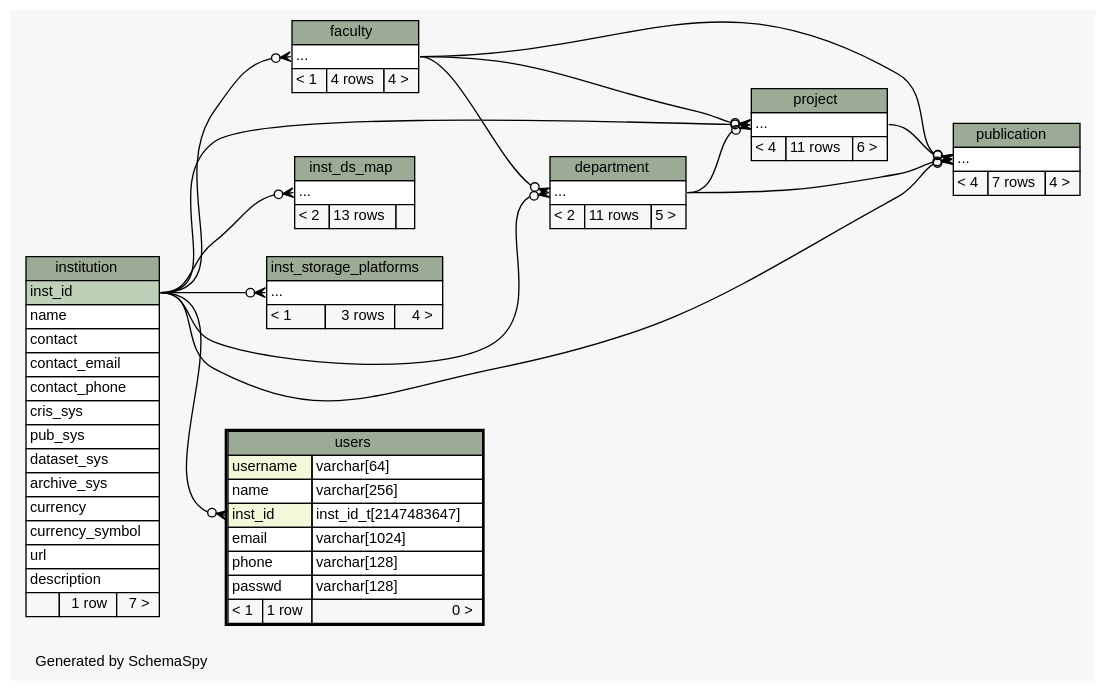
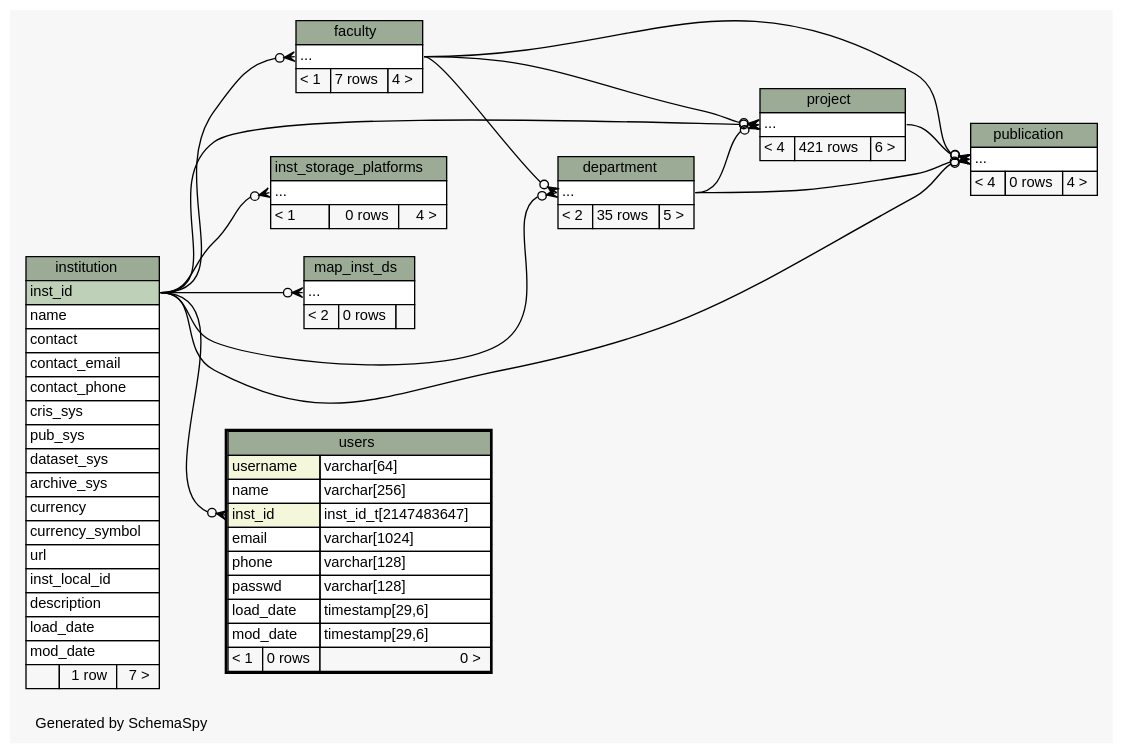
One commit to lulibrary/dmao_infrastructure changed the diagram in ss.out/diagrams/users.2degrees.dot. Above: the diagram before and after it, drawn with Graphviz. The commit also changed 81 other files, not shown here.

```diff
--- a/ss.out/diagrams/users.2degrees.dot
+++ b/ss.out/diagrams/users.2degrees.dot
@@ -1,132 +1,137 @@
 // dot 2.38.0 on Linux 3.16.0-4-amd64
 // SchemaSpy rev 590
 digraph "twoDegreesRelationshipsDiagram" {
   graph [
     rankdir="RL"
     bgcolor="#f7f7f7"
     label="\nGenerated by SchemaSpy"
     labeljust="l"
     nodesep="0.18"
     ranksep="0.46"
     fontname="Helvetica"
     fontsize="11"
   ];
   node [
     fontname="Helvetica"
     fontsize="11"
     shape="plaintext"
   ];
   edge [
     arrowsize="0.8"
   ];
   "department":"elipses":w -> "faculty":"elipses":e [arrowhead=none dir=back arrowtail=crowodot];
   "department":"elipses":w -> "institution":"inst_id":e [arrowhead=none dir=back arrowtail=crowodot];
   "faculty":"elipses":w -> "institution":"inst_id":e [arrowhead=none dir=back arrowtail=crowodot];
-  "inst_ds_map":"elipses":w -> "institution":"inst_id":e [arrowhead=none dir=back arrowtail=crowodot];
   "inst_storage_platforms":"elipses":w -> "institution":"inst_id":e [arrowhead=none dir=back arrowtail=crowodot];
+  "map_inst_ds":"elipses":w -> "institution":"inst_id":e [arrowhead=none dir=back arrowtail=crowodot];
   "project":"elipses":w -> "institution":"inst_id":e [arrowhead=none dir=back arrowtail=crowodot];
   "project":"elipses":w -> "department":"elipses":e [arrowhead=none dir=back arrowtail=crowodot];
   "project":"elipses":w -> "faculty":"elipses":e [arrowhead=none dir=back arrowtail=crowodot];
   "publication":"elipses":w -> "department":"elipses":e [arrowhead=none dir=back arrowtail=crowodot];
   "publication":"elipses":w -> "faculty":"elipses":e [arrowhead=none dir=back arrowtail=crowodot];
   "publication":"elipses":w -> "institution":"inst_id":e [arrowhead=none dir=back arrowtail=crowodot];
   "publication":"elipses":w -> "project":"elipses":e [arrowhead=none dir=back arrowtail=crowodot];
   "users":"inst_id":w -> "institution":"inst_id":e [arrowhead=none dir=back arrowtail=crowodot];
   "department" [
     label=<
     <TABLE BORDER="0" CELLBORDER="1" CELLSPACING="0" BGCOLOR="#ffffff">
       <TR><TD COLSPAN="3" BGCOLOR="#9bab96" ALIGN="CENTER">department</TD></TR>
       <TR><TD PORT="elipses" COLSPAN="3" ALIGN="LEFT">...</TD></TR>
-      <TR><TD ALIGN="LEFT" BGCOLOR="#f7f7f7">&lt; 2</TD><TD ALIGN="RIGHT" BGCOLOR="#f7f7f7">11 rows</TD><TD ALIGN="RIGHT" BGCOLOR="#f7f7f7">5 &gt;</TD></TR>
+      <TR><TD ALIGN="LEFT" BGCOLOR="#f7f7f7">&lt; 2</TD><TD ALIGN="RIGHT" BGCOLOR="#f7f7f7">35 rows</TD><TD ALIGN="RIGHT" BGCOLOR="#f7f7f7">5 &gt;</TD></TR>
     </TABLE>>
     URL="department.html"
     tooltip="department"
   ];
   "faculty" [
     label=<
     <TABLE BORDER="0" CELLBORDER="1" CELLSPACING="0" BGCOLOR="#ffffff">
       <TR><TD COLSPAN="3" BGCOLOR="#9bab96" ALIGN="CENTER">faculty</TD></TR>
       <TR><TD PORT="elipses" COLSPAN="3" ALIGN="LEFT">...</TD></TR>
-      <TR><TD ALIGN="LEFT" BGCOLOR="#f7f7f7">&lt; 1</TD><TD ALIGN="RIGHT" BGCOLOR="#f7f7f7">4 rows</TD><TD ALIGN="RIGHT" BGCOLOR="#f7f7f7">4 &gt;</TD></TR>
+      <TR><TD ALIGN="LEFT" BGCOLOR="#f7f7f7">&lt; 1</TD><TD ALIGN="RIGHT" BGCOLOR="#f7f7f7">7 rows</TD><TD ALIGN="RIGHT" BGCOLOR="#f7f7f7">4 &gt;</TD></TR>
     </TABLE>>
     URL="faculty.html"
     tooltip="faculty"
-  ];
-  "inst_ds_map" [
-    label=<
-    <TABLE BORDER="0" CELLBORDER="1" CELLSPACING="0" BGCOLOR="#ffffff">
-      <TR><TD COLSPAN="3" BGCOLOR="#9bab96" ALIGN="CENTER">inst_ds_map</TD></TR>
-      <TR><TD PORT="elipses" COLSPAN="3" ALIGN="LEFT">...</TD></TR>
-      <TR><TD ALIGN="LEFT" BGCOLOR="#f7f7f7">&lt; 2</TD><TD ALIGN="RIGHT" BGCOLOR="#f7f7f7">13 rows</TD><TD ALIGN="RIGHT" BGCOLOR="#f7f7f7">  </TD></TR>
-    </TABLE>>
-    URL="inst_ds_map.html"
-    tooltip="inst_ds_map"
   ];
   "inst_storage_platforms" [
     label=<
     <TABLE BORDER="0" CELLBORDER="1" CELLSPACING="0" BGCOLOR="#ffffff">
       <TR><TD COLSPAN="3" BGCOLOR="#9bab96" ALIGN="CENTER">inst_storage_platforms</TD></TR>
       <TR><TD PORT="elipses" COLSPAN="3" ALIGN="LEFT">...</TD></TR>
-      <TR><TD ALIGN="LEFT" BGCOLOR="#f7f7f7">&lt; 1</TD><TD ALIGN="RIGHT" BGCOLOR="#f7f7f7">3 rows</TD><TD ALIGN="RIGHT" BGCOLOR="#f7f7f7">4 &gt;</TD></TR>
+      <TR><TD ALIGN="LEFT" BGCOLOR="#f7f7f7">&lt; 1</TD><TD ALIGN="RIGHT" BGCOLOR="#f7f7f7">0 rows</TD><TD ALIGN="RIGHT" BGCOLOR="#f7f7f7">4 &gt;</TD></TR>
     </TABLE>>
     URL="inst_storage_platforms.html"
     tooltip="inst_storage_platforms"
   ];
   "institution" [
     label=<
     <TABLE BORDER="0" CELLBORDER="1" CELLSPACING="0" BGCOLOR="#ffffff">
       <TR><TD COLSPAN="3" BGCOLOR="#9bab96" ALIGN="CENTER">institution</TD></TR>
       <TR><TD PORT="inst_id" COLSPAN="3" BGCOLOR="#bed1b8" ALIGN="LEFT">inst_id</TD></TR>
       <TR><TD PORT="name" COLSPAN="3" ALIGN="LEFT">name</TD></TR>
       <TR><TD PORT="contact" COLSPAN="3" ALIGN="LEFT">contact</TD></TR>
       <TR><TD PORT="contact_email" COLSPAN="3" ALIGN="LEFT">contact_email</TD></TR>
       <TR><TD PORT="contact_phone" COLSPAN="3" ALIGN="LEFT">contact_phone</TD></TR>
       <TR><TD PORT="cris_sys" COLSPAN="3" ALIGN="LEFT">cris_sys</TD></TR>
       <TR><TD PORT="pub_sys" COLSPAN="3" ALIGN="LEFT">pub_sys</TD></TR>
       <TR><TD PORT="dataset_sys" COLSPAN="3" ALIGN="LEFT">dataset_sys</TD></TR>
       <TR><TD PORT="archive_sys" COLSPAN="3" ALIGN="LEFT">archive_sys</TD></TR>
       <TR><TD PORT="currency" COLSPAN="3" ALIGN="LEFT">currency</TD></TR>
       <TR><TD PORT="currency_symbol" COLSPAN="3" ALIGN="LEFT">currency_symbol</TD></TR>
       <TR><TD PORT="url" COLSPAN="3" ALIGN="LEFT">url</TD></TR>
+      <TR><TD PORT="inst_local_id" COLSPAN="3" ALIGN="LEFT">inst_local_id</TD></TR>
       <TR><TD PORT="description" COLSPAN="3" ALIGN="LEFT">description</TD></TR>
+      <TR><TD PORT="load_date" COLSPAN="3" ALIGN="LEFT">load_date</TD></TR>
+      <TR><TD PORT="mod_date" COLSPAN="3" ALIGN="LEFT">mod_date</TD></TR>
       <TR><TD ALIGN="LEFT" BGCOLOR="#f7f7f7">  </TD><TD ALIGN="RIGHT" BGCOLOR="#f7f7f7">1 row</TD><TD ALIGN="RIGHT" BGCOLOR="#f7f7f7">7 &gt;</TD></TR>
     </TABLE>>
     URL="institution.html"
     tooltip="institution"
+  ];
+  "map_inst_ds" [
+    label=<
+    <TABLE BORDER="0" CELLBORDER="1" CELLSPACING="0" BGCOLOR="#ffffff">
+      <TR><TD COLSPAN="3" BGCOLOR="#9bab96" ALIGN="CENTER">map_inst_ds</TD></TR>
+      <TR><TD PORT="elipses" COLSPAN="3" ALIGN="LEFT">...</TD></TR>
+      <TR><TD ALIGN="LEFT" BGCOLOR="#f7f7f7">&lt; 2</TD><TD ALIGN="RIGHT" BGCOLOR="#f7f7f7">0 rows</TD><TD ALIGN="RIGHT" BGCOLOR="#f7f7f7">  </TD></TR>
+    </TABLE>>
+    URL="map_inst_ds.html"
+    tooltip="map_inst_ds"
   ];
   "project" [
     label=<
     <TABLE BORDER="0" CELLBORDER="1" CELLSPACING="0" BGCOLOR="#ffffff">
       <TR><TD COLSPAN="3" BGCOLOR="#9bab96" ALIGN="CENTER">project</TD></TR>
       <TR><TD PORT="elipses" COLSPAN="3" ALIGN="LEFT">...</TD></TR>
-      <TR><TD ALIGN="LEFT" BGCOLOR="#f7f7f7">&lt; 4</TD><TD ALIGN="RIGHT" BGCOLOR="#f7f7f7">11 rows</TD><TD ALIGN="RIGHT" BGCOLOR="#f7f7f7">6 &gt;</TD></TR>
+      <TR><TD ALIGN="LEFT" BGCOLOR="#f7f7f7">&lt; 4</TD><TD ALIGN="RIGHT" BGCOLOR="#f7f7f7">421 rows</TD><TD ALIGN="RIGHT" BGCOLOR="#f7f7f7">6 &gt;</TD></TR>
     </TABLE>>
     URL="project.html"
     tooltip="project"
   ];
   "publication" [
     label=<
     <TABLE BORDER="0" CELLBORDER="1" CELLSPACING="0" BGCOLOR="#ffffff">
       <TR><TD COLSPAN="3" BGCOLOR="#9bab96" ALIGN="CENTER">publication</TD></TR>
       <TR><TD PORT="elipses" COLSPAN="3" ALIGN="LEFT">...</TD></TR>
-      <TR><TD ALIGN="LEFT" BGCOLOR="#f7f7f7">&lt; 4</TD><TD ALIGN="RIGHT" BGCOLOR="#f7f7f7">7 rows</TD><TD ALIGN="RIGHT" BGCOLOR="#f7f7f7">4 &gt;</TD></TR>
+      <TR><TD ALIGN="LEFT" BGCOLOR="#f7f7f7">&lt; 4</TD><TD ALIGN="RIGHT" BGCOLOR="#f7f7f7">0 rows</TD><TD ALIGN="RIGHT" BGCOLOR="#f7f7f7">4 &gt;</TD></TR>
     </TABLE>>
     URL="publication.html"
     tooltip="publication"
   ];
   "users" [
     label=<
     <TABLE BORDER="2" CELLBORDER="1" CELLSPACING="0" BGCOLOR="#ffffff">
       <TR><TD COLSPAN="3" BGCOLOR="#9bab96" ALIGN="CENTER">users</TD></TR>
       <TR><TD PORT="username" COLSPAN="2" BGCOLOR="#f4f7da" ALIGN="LEFT">username</TD><TD PORT="username.type" ALIGN="LEFT">varchar[64]</TD></TR>
       <TR><TD PORT="name" COLSPAN="2" ALIGN="LEFT">name</TD><TD PORT="name.type" ALIGN="LEFT">varchar[256]</TD></TR>
       <TR><TD PORT="inst_id" COLSPAN="2" BGCOLOR="#f4f7da" ALIGN="LEFT">inst_id</TD><TD PORT="inst_id.type" ALIGN="LEFT">inst_id_t[2147483647]</TD></TR>
       <TR><TD PORT="email" COLSPAN="2" ALIGN="LEFT">email</TD><TD PORT="email.type" ALIGN="LEFT">varchar[1024]</TD></TR>
       <TR><TD PORT="phone" COLSPAN="2" ALIGN="LEFT">phone</TD><TD PORT="phone.type" ALIGN="LEFT">varchar[128]</TD></TR>
       <TR><TD PORT="passwd" COLSPAN="2" ALIGN="LEFT">passwd</TD><TD PORT="passwd.type" ALIGN="LEFT">varchar[128]</TD></TR>
-      <TR><TD ALIGN="LEFT" BGCOLOR="#f7f7f7">&lt; 1</TD><TD ALIGN="RIGHT" BGCOLOR="#f7f7f7">1 row</TD><TD ALIGN="RIGHT" BGCOLOR="#f7f7f7">0 &gt;</TD></TR>
+      <TR><TD PORT="load_date" COLSPAN="2" ALIGN="LEFT">load_date</TD><TD PORT="load_date.type" ALIGN="LEFT">timestamp[29,6]</TD></TR>
+      <TR><TD PORT="mod_date" COLSPAN="2" ALIGN="LEFT">mod_date</TD><TD PORT="mod_date.type" ALIGN="LEFT">timestamp[29,6]</TD></TR>
+      <TR><TD ALIGN="LEFT" BGCOLOR="#f7f7f7">&lt; 1</TD><TD ALIGN="RIGHT" BGCOLOR="#f7f7f7">0 rows</TD><TD ALIGN="RIGHT" BGCOLOR="#f7f7f7">0 &gt;</TD></TR>
     </TABLE>>
     URL="users.html"
     tooltip="users"
   ];
 }
```
